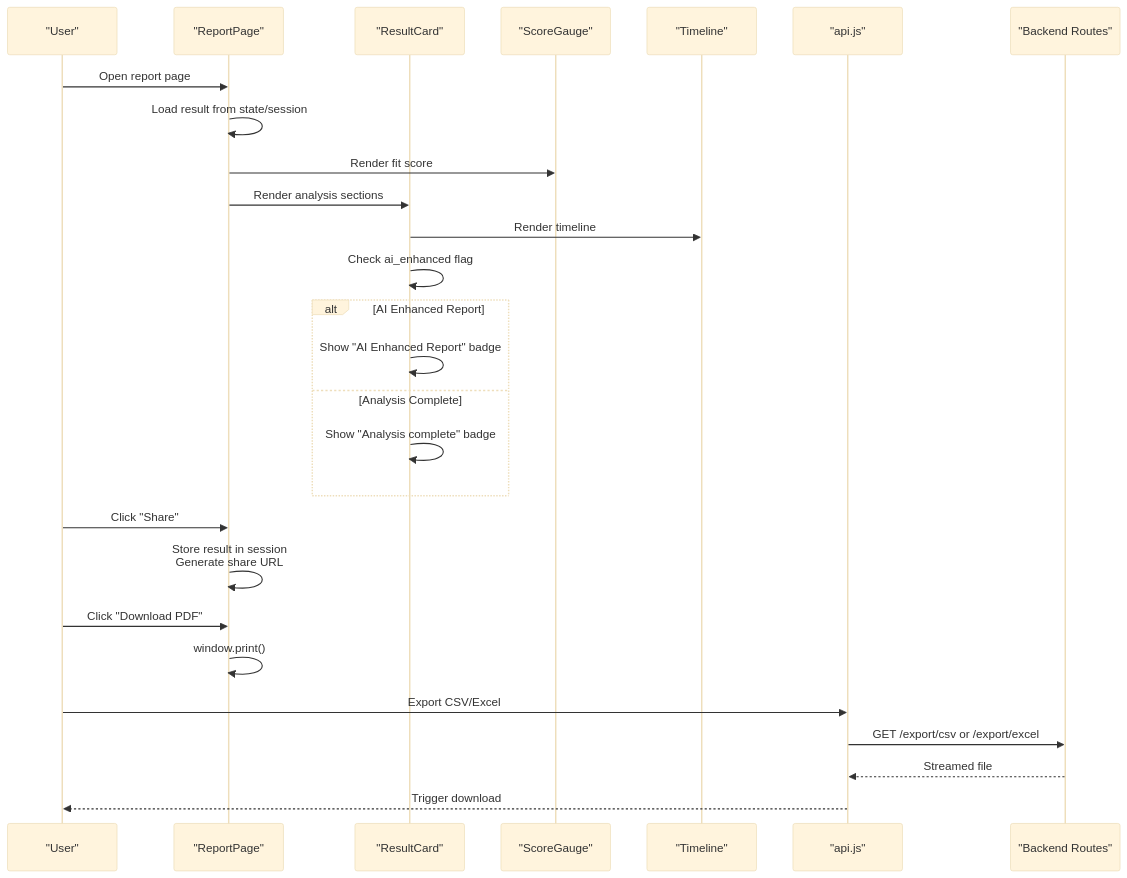
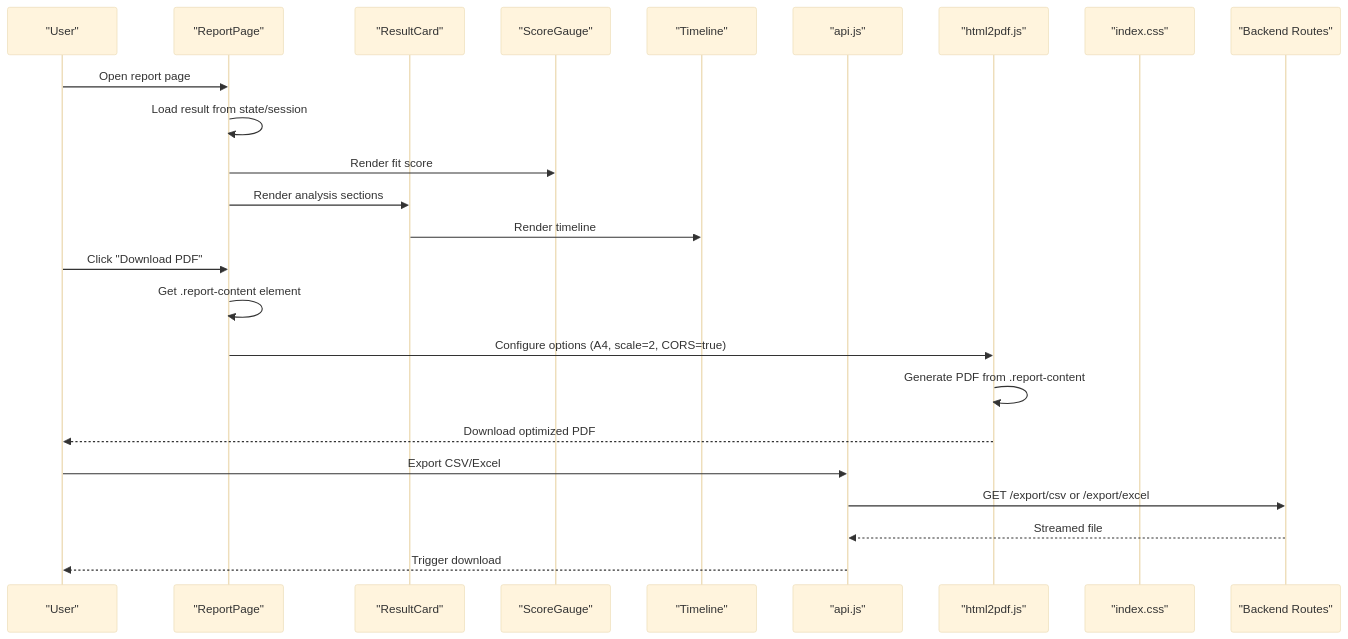
The second of 12 diagrams in .qoder/repowiki/en/content/Reporting & Analytics/Individual Reports.md (Revanththetalogics/aireume), drawn with Mermaid (base theme) before and after one commit. The commit also changed other lines of this file and 21 other files, not shown here.

````diff
--- a/.qoder/repowiki/en/content/Reporting & Analytics/Individual Reports.md
+++ b/.qoder/repowiki/en/content/Reporting & Analytics/Individual Reports.md
@@ -147,29 +154,26 @@
 ```mermaid
 sequenceDiagram
 participant User as "User"
 participant RP as "ReportPage"
 participant RC as "ResultCard"
 participant SG as "ScoreGauge"
 participant TL as "Timeline"
 participant API as "api.js"
+participant PDF as "html2pdf.js"
+participant CSS as "index.css"
 participant BE as "Backend Routes"
 User->>RP : Open report page
 RP->>RP : Load result from state/session
 RP->>SG : Render fit score
 RP->>RC : Render analysis sections
 RC->>TL : Render timeline
-RC->>RC : Check ai_enhanced flag
-alt AI Enhanced Report
-RC->>RC : Show "AI Enhanced Report" badge
-else Analysis Complete
-RC->>RC : Show "Analysis complete" badge
-end
-User->>RP : Click "Share"
-RP->>RP : Store result in session<br/>Generate share URL
 User->>RP : Click "Download PDF"
-RP->>RP : window.print()
+RP->>RP : Get .report-content element
+RP->>PDF : Configure options (A4, scale=2, CORS=true)
+PDF->>PDF : Generate PDF from .report-content
+PDF-->>User : Download optimized PDF
 User->>API : Export CSV/Excel
 API->>BE : GET /export/csv or /export/excel
 BE-->>API : Streamed file
 API-->>User : Trigger download
 ```
````
